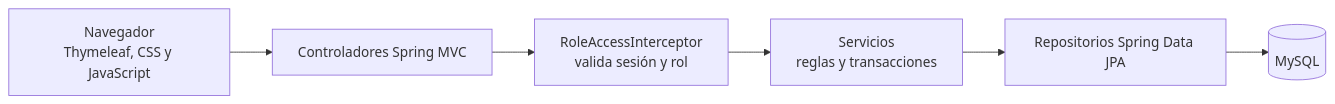
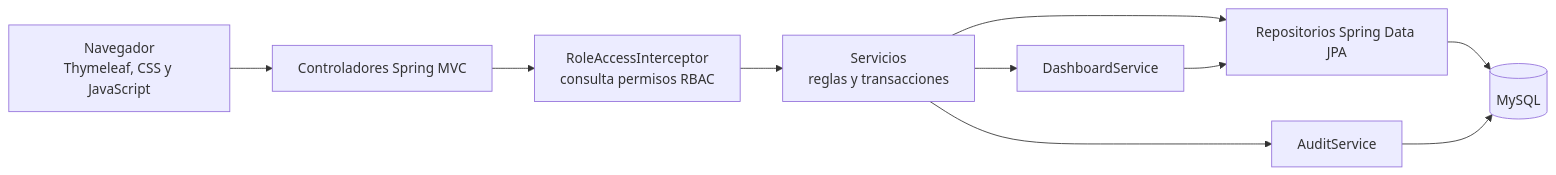
One commit to luisgonzalez114a-lgtm/safari changed the third of 4 diagrams in INSTRUCTIVO_SAFARI.md. Above: the diagram before and after it, drawn with Mermaid. The commit also changed other lines of this file and 66 other files, not shown here.

````diff
--- a/INSTRUCTIVO_SAFARI.md
+++ b/INSTRUCTIVO_SAFARI.md
@@ -87,8 +120,12 @@
 ```mermaid
 flowchart LR
     navegador["Navegador<br/>Thymeleaf, CSS y JavaScript"] --> controladores["Controladores Spring MVC"]
-    controladores --> acceso["RoleAccessInterceptor<br/>valida sesión y rol"]
+    controladores --> acceso["RoleAccessInterceptor<br/>consulta permisos RBAC"]
     acceso --> servicios["Servicios<br/>reglas y transacciones"]
     servicios --> repositorios["Repositorios Spring Data JPA"]
     repositorios --> mysql[("MySQL")]
+    servicios --> auditoria["AuditService"]
+    auditoria --> mysql
+    servicios --> indicadores["DashboardService"]
+    indicadores --> repositorios
 ```
````
